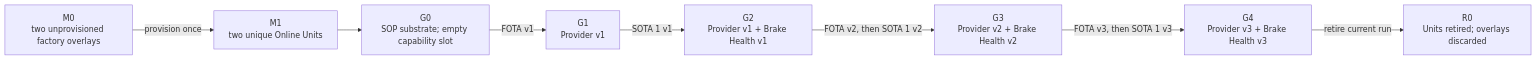
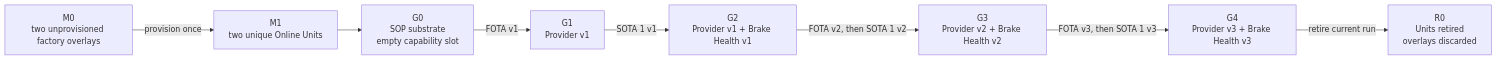
The first of 17 diagrams in docs/architecture/demo-scenario-architecture-flows.md (alexmaninblack/aosedge-sdv-demo), drawn with Mermaid before and after one commit. The commit also changed other lines of this file and 3 other files, not shown here.

Commit message:
docs: fix Mermaid preview compatibility

````diff
--- a/docs/architecture/demo-scenario-architecture-flows.md
+++ b/docs/architecture/demo-scenario-architecture-flows.md
@@ -110,18 +110,18 @@
 ```mermaid
 flowchart LR
     M0["M0<br/>two unprovisioned factory overlays"]
     M1["M1<br/>two unique Online Units"]
-    G0["G0<br/>SOP substrate; empty capability slot"]
+    G0["G0<br/>SOP substrate<br/>empty capability slot"]
     G1["G1<br/>Provider v1"]
     G2["G2<br/>Provider v1 + Brake Health v1"]
     G3["G3<br/>Provider v2 + Brake Health v2"]
     G4["G4<br/>Provider v3 + Brake Health v3"]
-    R0["R0<br/>Units retired; overlays discarded"]
+    R0["R0<br/>Units retired<br/>overlays discarded"]
 
     M0 -->|"provision once"| M1 --> G0
     G0 -->|"FOTA v1"| G1
     G1 -->|"SOTA 1 v1"| G2
     G2 -->|"FOTA v2, then SOTA 1 v2"| G3
     G3 -->|"FOTA v3, then SOTA 1 v3"| G4
     G4 -->|"retire current run"| R0
 ```
````
